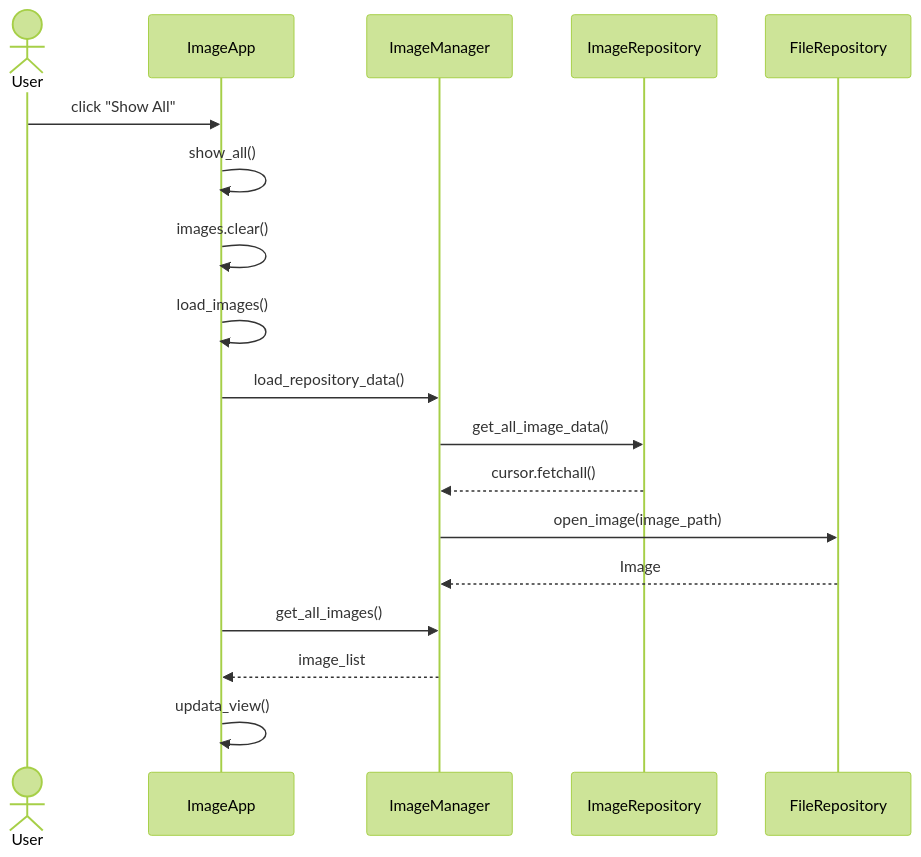
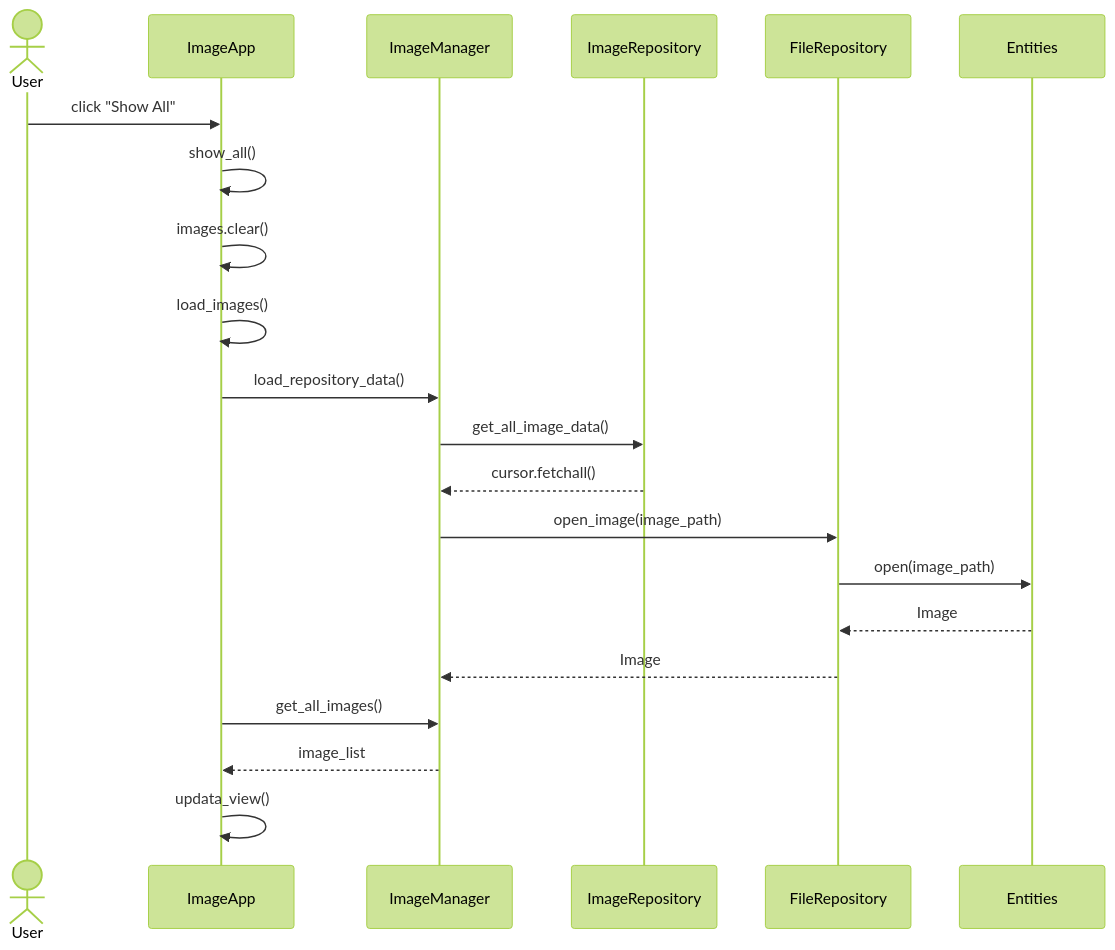
Before and after one commit to syrvil/ot-harjoitustyo: the second of 4 diagrams in dokumentaatio/arkkitehtuuri.md, drawn with Mermaid (forest theme).

````diff
--- a/dokumentaatio/arkkitehtuuri.md
+++ b/dokumentaatio/arkkitehtuuri.md
@@ -66,20 +66,23 @@
 ```mermaid
 sequenceDiagram
   actor User
   participant ImageApp
   participant ImageManager
   participant ImageRepository
   participant FileRepository
+  participant Entities
   User->>ImageApp: click "Show All"
   ImageApp ->> ImageApp: show_all()
   ImageApp->>ImageApp: images.clear()
   ImageApp->>ImageApp: load_images()
   ImageApp ->> ImageManager: load_repository_data()
   ImageManager ->> ImageRepository: get_all_image_data()
   ImageRepository -->> ImageManager: cursor.fetchall()
   ImageManager ->> FileRepository: open_image(image_path)
+  FileRepository ->> Entities: open(image_path)
+  Entities -->> FileRepository: Image
   FileRepository -->> ImageManager: Image
   ImageApp ->> ImageManager: get_all_images()
   ImageManager -->> ImageApp: image_list
   ImageApp->> ImageApp: updata_view()
 ```
````
